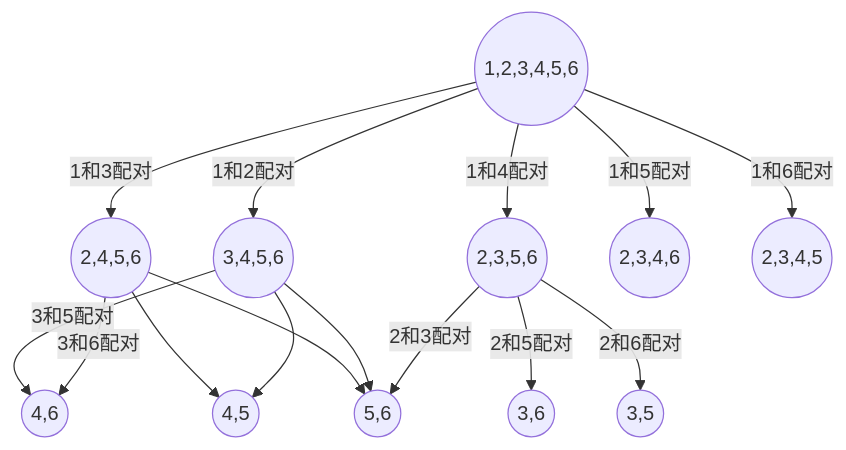
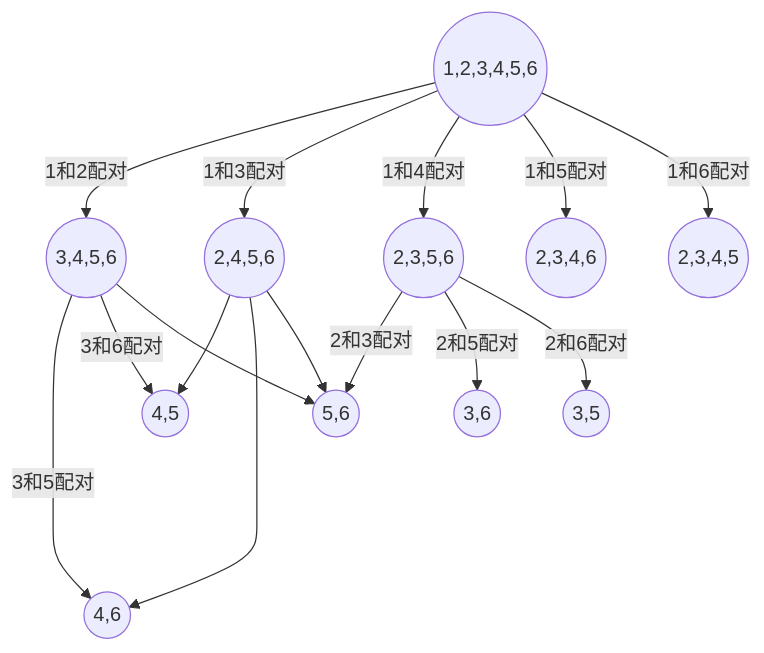
Before and after one commit to zeerre/PLC: the third of 3 diagrams in C-C++/algorithembook/AlgorithmCompetitionBeginnersClassicTrainingGuide/README.MD, drawn with Mermaid.

Commit message:
Update the master.comp branch

````diff
--- a/C-C++/algorithembook/AlgorithmCompetitionBeginnersClassicTrainingGuide/README.MD
+++ b/C-C++/algorithembook/AlgorithmCompetitionBeginnersClassicTrainingGuide/README.MD
@@ -2039,19 +2039,19 @@
 ```mermaid
 graph TD
 	  A((1,2,3,4,5,6))--1和2配对-->B((3,4,5,6));
 	  B--3和5配对-->C((4,6));
 	  A--1和3配对-->B1((2,4,5,6));
 	  B1-->C1((4,5));
-	  B1--3和6配对-->C;
-	  B-->C1;
+	  B1---->C;
+	  B--3和6配对-->C1;
 	  B1-->C2((5,6));
 	  B-->C2;
 	  A--1和4配对-->B2((2,3,5,6));
 	  B2--2和3配对-->C2;
 	  B2--2和5配对-->C3((3,6));
 	  B2--2和6配对-->C4((3,5));
 	  A--1和5配对-->B3((2,3,4,6));
 	  A--1和6配对-->B4((2,3,4,5));
 	  
 	  
 ```
````
